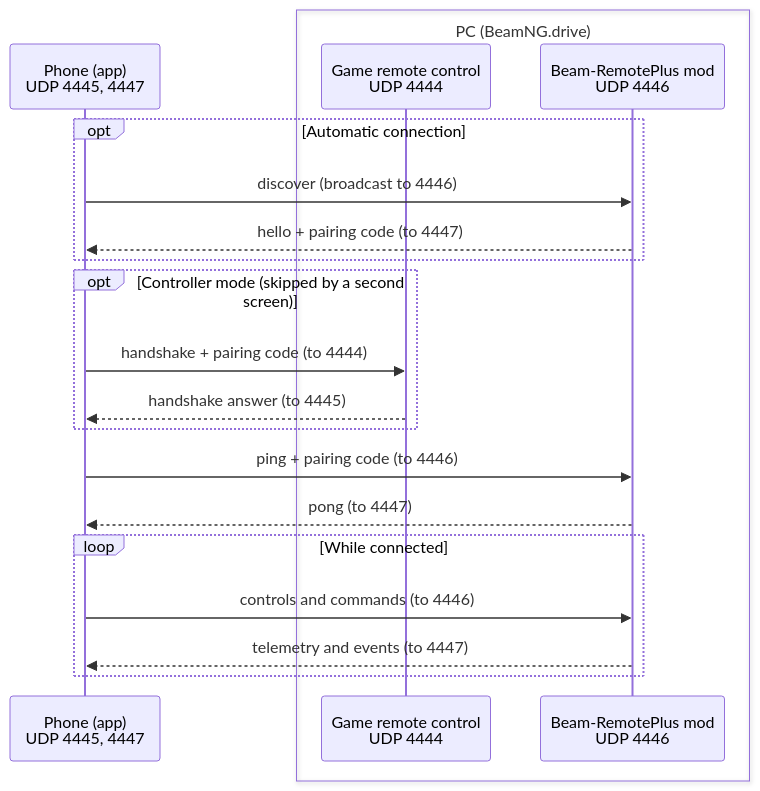
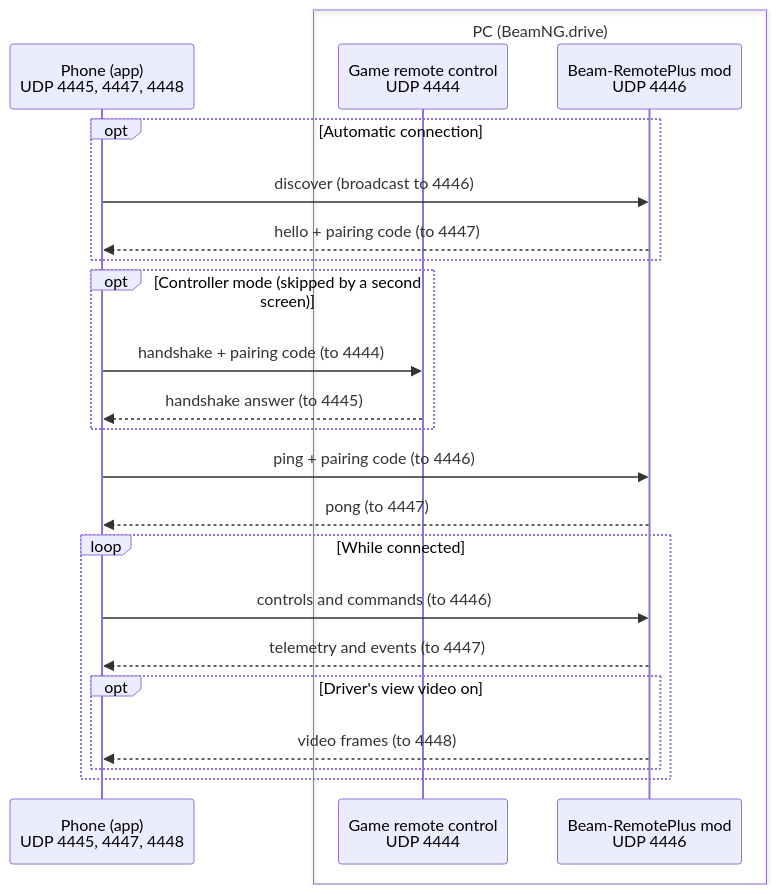
The diagram in README.md (LucienLassalle/Beam-RemotePlus-Mobile), drawn with Mermaid before and after one commit. The commit also changed other lines of this file, not shown here.

Commit message:
docs(readme): driver's view video

````diff
--- a/README.md
+++ b/README.md
@@ -124,22 +129,25 @@
 ```mermaid
 sequenceDiagram
-    participant P as Phone (app)<br/>UDP 4445, 4447
+    participant P as Phone (app)<br/>UDP 4445, 4447, 4448
     box PC (BeamNG.drive)
         participant G as Game remote control<br/>UDP 4444
         participant M as Beam-RemotePlus mod<br/>UDP 4446
     end
     opt Automatic connection
         P->>M: discover (broadcast to 4446)
         M-->>P: hello + pairing code (to 4447)
     end
     opt Controller mode (skipped by a second screen)
         P->>G: handshake + pairing code (to 4444)
         G-->>P: handshake answer (to 4445)
     end
     P->>M: ping + pairing code (to 4446)
     M-->>P: pong (to 4447)
     loop While connected
         P->>M: controls and commands (to 4446)
         M-->>P: telemetry and events (to 4447)
+        opt Driver's view video on
+            M-->>P: video frames (to 4448)
+        end
     end
 ```
````
